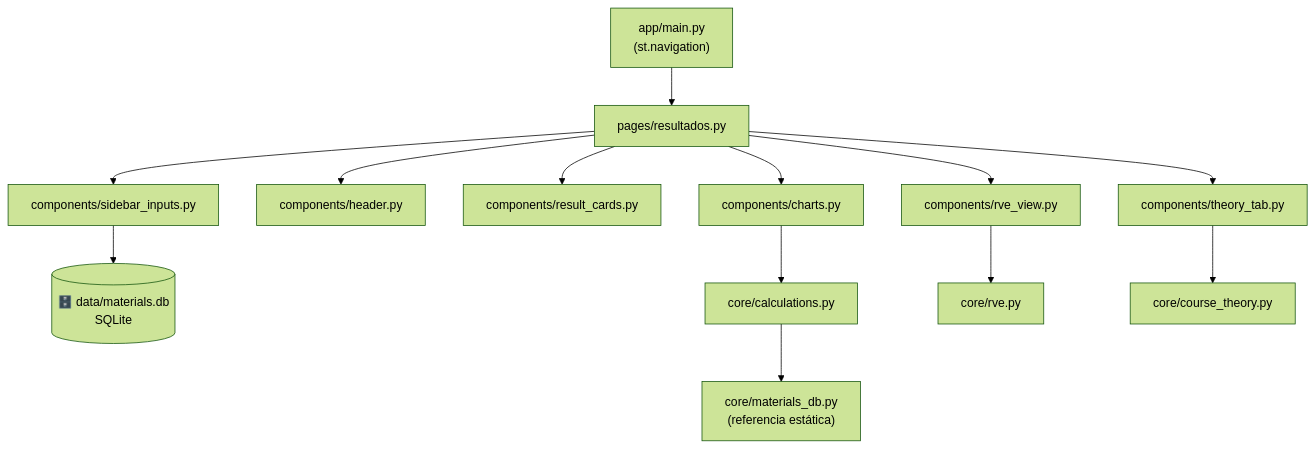
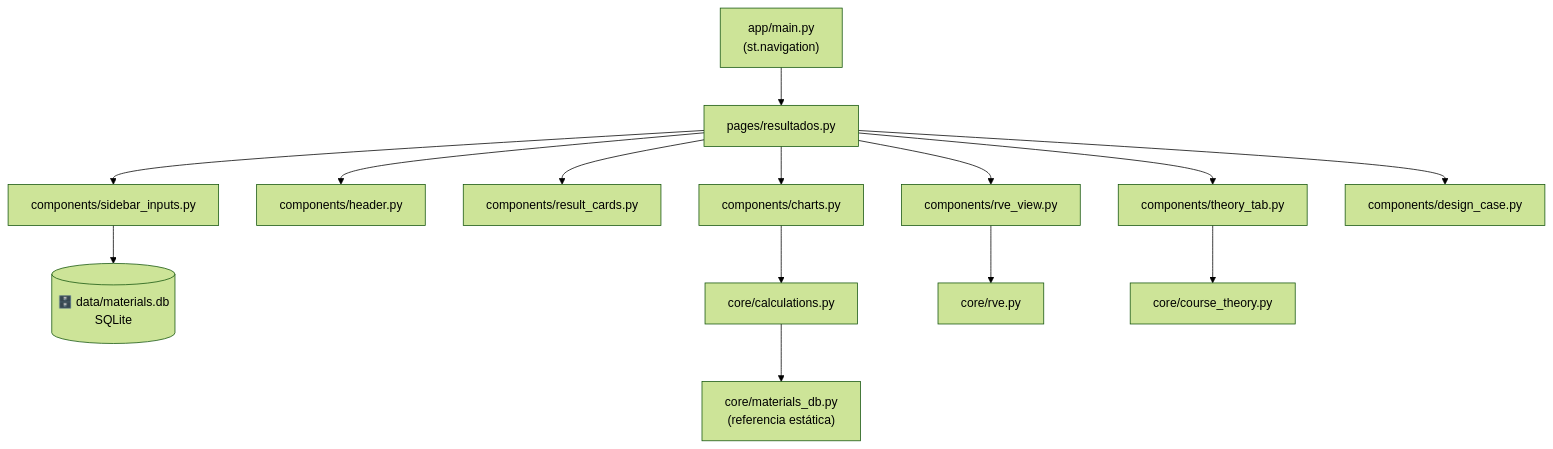
The second of 2 diagrams in README.md (YnnySA/micromat), drawn with Mermaid (forest theme) before and after one commit. The commit also changed other lines of this file and 4 other files, not shown here.

````diff
--- a/README.md
+++ b/README.md
@@ -114,16 +115,17 @@
 ```mermaid
 flowchart TD
     A["app/main.py<br/>(st.navigation)"] --> B["pages/resultados.py"]
     B --> C["components/sidebar_inputs.py"]
     B --> D["components/header.py"]
     B --> E["components/result_cards.py"]
     B --> F["components/charts.py"]
     B --> G["components/rve_view.py"]
     B --> H["components/theory_tab.py"]
+    B --> I["components/design_case.py"]
 
     C --> DB[("🗄️ data/materials.db<br/>SQLite")]
     F --> CALC["core/calculations.py"]
     G --> RVE["core/rve.py"]
     H --> TH["core/course_theory.py"]
     CALC --> MDB["core/materials_db.py<br/>(referencia estática)"]
 ```
````
